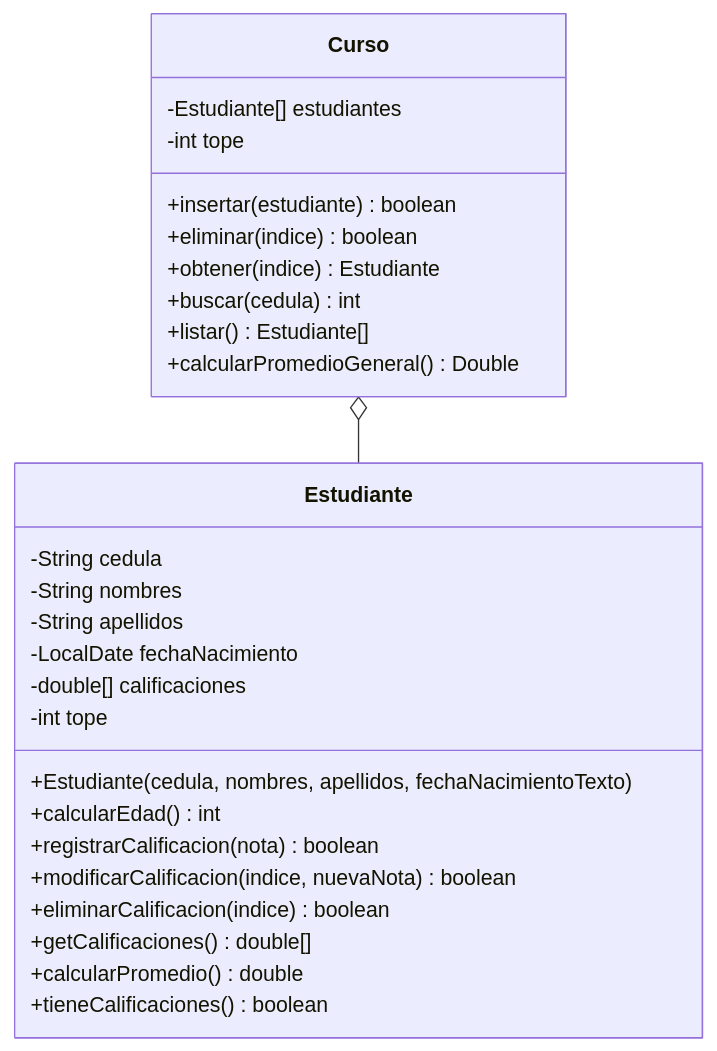
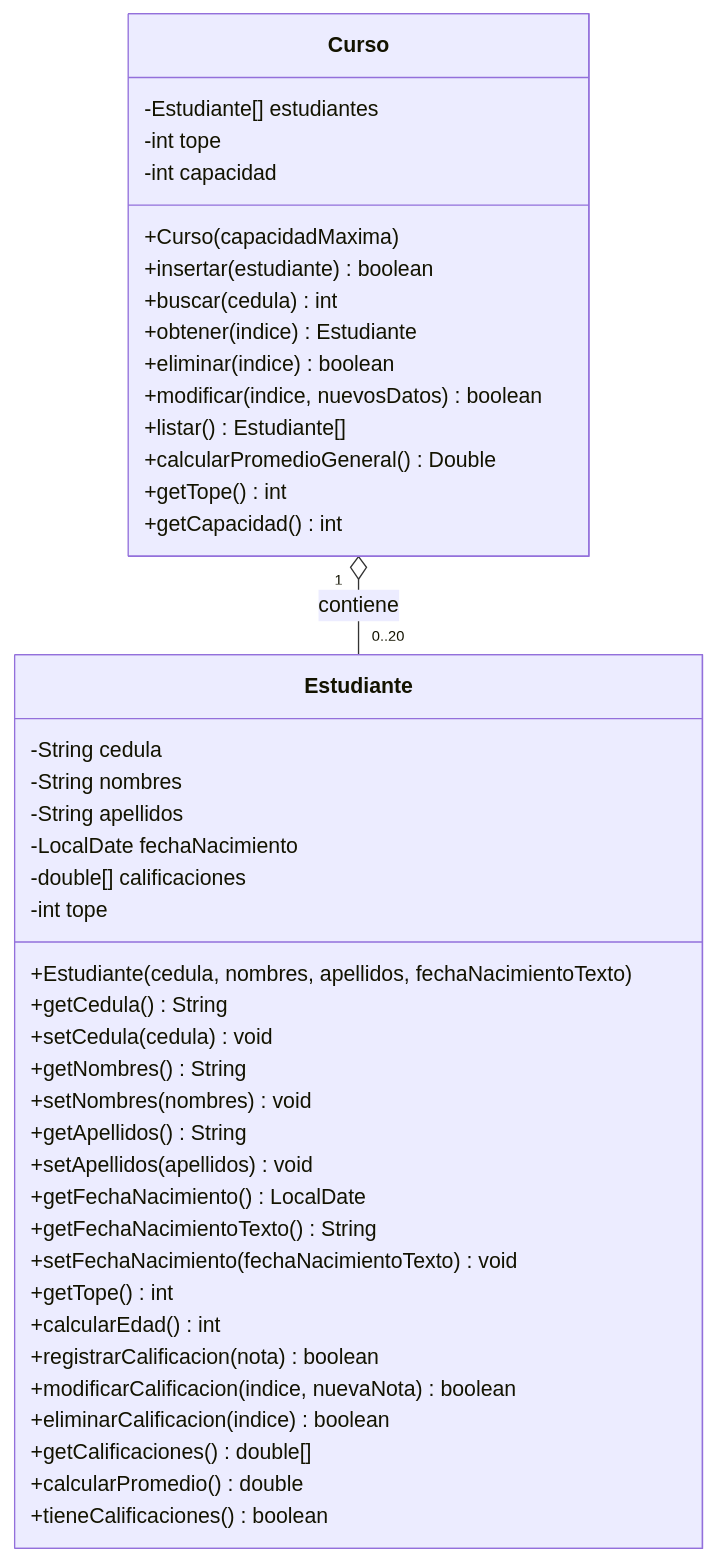
The diagram in diagramas/diagrama-clases.md (juanchicoyunda1234/TDA-estudiantes), drawn with Mermaid before and after one commit. The commit also changed other lines of this file and 1 other file, not shown here.

Commit message:
docs: actualizar e incrustar diagrama de clases en README y diagramas

````diff
--- a/diagramas/diagrama-clases.md
+++ b/diagramas/diagrama-clases.md
@@ -1,30 +3,47 @@
 ```mermaid
 classDiagram
     class Estudiante {
         -String cedula
         -String nombres
         -String apellidos
         -LocalDate fechaNacimiento
         -double[] calificaciones
         -int tope
         +Estudiante(cedula, nombres, apellidos, fechaNacimientoTexto)
+        +getCedula() String
+        +setCedula(cedula) void
+        +getNombres() String
+        +setNombres(nombres) void
+        +getApellidos() String
+        +setApellidos(apellidos) void
+        +getFechaNacimiento() LocalDate
+        +getFechaNacimientoTexto() String
+        +setFechaNacimiento(fechaNacimientoTexto) void
+        +getTope() int
         +calcularEdad() int
         +registrarCalificacion(nota) boolean
         +modificarCalificacion(indice, nuevaNota) boolean
         +eliminarCalificacion(indice) boolean
         +getCalificaciones() double[]
         +calcularPromedio() double
         +tieneCalificaciones() boolean
     }
+
     class Curso {
         -Estudiante[] estudiantes
         -int tope
+        -int capacidad
+        +Curso(capacidadMaxima)
         +insertar(estudiante) boolean
+        +buscar(cedula) int
+        +obtener(indice) Estudiante
         +eliminar(indice) boolean
-        +obtener(indice) Estudiante
-        +buscar(cedula) int
+        +modificar(indice, nuevosDatos) boolean
         +listar() Estudiante[]
         +calcularPromedioGeneral() Double
+        +getTope() int
+        +getCapacidad() int
     }
-    Curso o-- Estudiante
+
+    Curso "1" o-- "0..20" Estudiante : contiene
 ```
````
